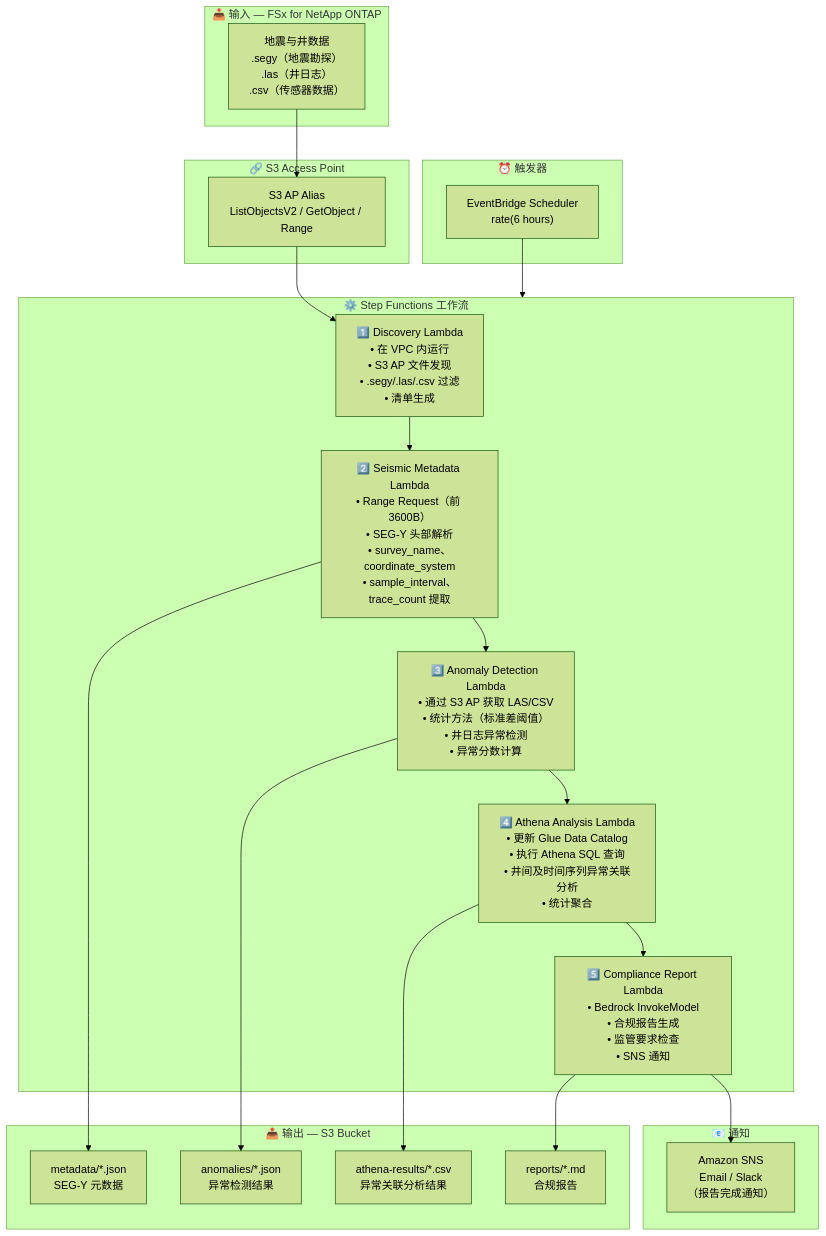
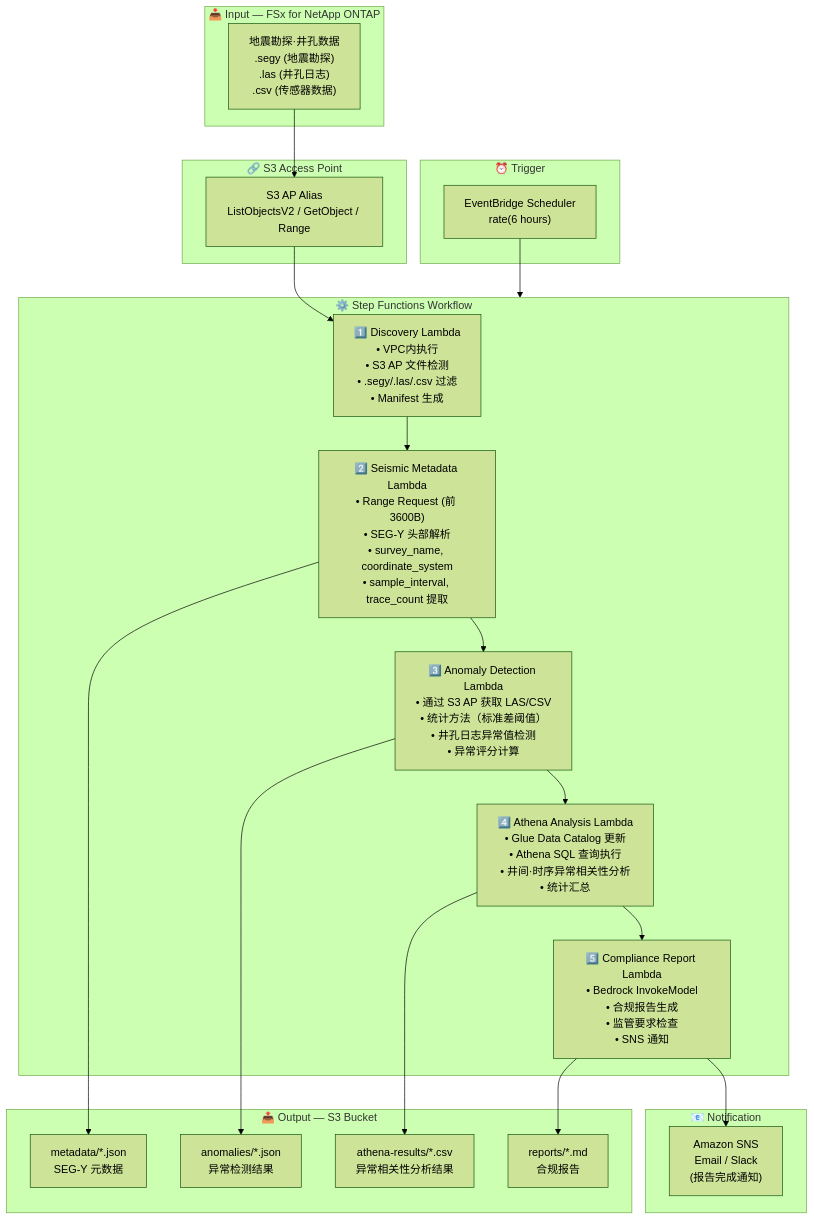
The diagram in energy-seismic/docs/architecture.zh-CN.md (Yoshiki0705/FSx-for-ONTAP-S3AccessPoints-Serverless-Patterns), drawn with Mermaid (forest theme) before and after one commit. The commit also changed other lines of this file and 54 other files, not shown here.

````diff
--- a/energy-seismic/docs/architecture.zh-CN.md
+++ b/energy-seismic/docs/architecture.zh-CN.md
@@ -11,46 +13,46 @@
 ```mermaid
 flowchart TB
-    subgraph INPUT["📥 输入 — FSx for NetApp ONTAP"]
-        DATA["地震与井数据<br/>.segy（地震勘探）<br/>.las（井日志）<br/>.csv（传感器数据）"]
+    subgraph INPUT["📥 Input — FSx for NetApp ONTAP"]
+        DATA["地震勘探·井孔数据<br/>.segy (地震勘探)<br/>.las (井孔日志)<br/>.csv (传感器数据)"]
     end
 
     subgraph S3AP["🔗 S3 Access Point"]
         ALIAS["S3 AP Alias<br/>ListObjectsV2 / GetObject / Range"]
     end
 
-    subgraph TRIGGER["⏰ 触发器"]
+    subgraph TRIGGER["⏰ Trigger"]
         EB["EventBridge Scheduler<br/>rate(6 hours)"]
     end
 
-    subgraph SFN["⚙️ Step Functions 工作流"]
-        DISC["1️⃣ Discovery Lambda<br/>• 在 VPC 内运行<br/>• S3 AP 文件发现<br/>• .segy/.las/.csv 过滤<br/>• 清单生成"]
-        SM["2️⃣ Seismic Metadata Lambda<br/>• Range Request（前 3600B）<br/>• SEG-Y 头部解析<br/>• survey_name、coordinate_system<br/>• sample_interval、trace_count 提取"]
-        AD["3️⃣ Anomaly Detection Lambda<br/>• 通过 S3 AP 获取 LAS/CSV<br/>• 统计方法（标准差阈值）<br/>• 井日志异常检测<br/>• 异常分数计算"]
-        ATH["4️⃣ Athena Analysis Lambda<br/>• 更新 Glue Data Catalog<br/>• 执行 Athena SQL 查询<br/>• 井间及时间序列异常关联分析<br/>• 统计聚合"]
+    subgraph SFN["⚙️ Step Functions Workflow"]
+        DISC["1️⃣ Discovery Lambda<br/>• VPC内执行<br/>• S3 AP 文件检测<br/>• .segy/.las/.csv 过滤<br/>• Manifest 生成"]
+        SM["2️⃣ Seismic Metadata Lambda<br/>• Range Request (前 3600B)<br/>• SEG-Y 头部解析<br/>• survey_name, coordinate_system<br/>• sample_interval, trace_count 提取"]
+        AD["3️⃣ Anomaly Detection Lambda<br/>• 通过 S3 AP 获取 LAS/CSV<br/>• 统计方法（标准差阈值）<br/>• 井孔日志异常值检测<br/>• 异常评分计算"]
+        ATH["4️⃣ Athena Analysis Lambda<br/>• Glue Data Catalog 更新<br/>• Athena SQL 查询执行<br/>• 井间·时序异常相关性分析<br/>• 统计汇总"]
         CR["5️⃣ Compliance Report Lambda<br/>• Bedrock InvokeModel<br/>• 合规报告生成<br/>• 监管要求检查<br/>• SNS 通知"]
     end
 
-    subgraph OUTPUT["📤 输出 — S3 Bucket"]
+    subgraph OUTPUT["📤 Output — S3 Bucket"]
         META["metadata/*.json<br/>SEG-Y 元数据"]
         ANOM["anomalies/*.json<br/>异常检测结果"]
-        ATHOUT["athena-results/*.csv<br/>异常关联分析结果"]
+        ATHOUT["athena-results/*.csv<br/>异常相关性分析结果"]
         REPORT["reports/*.md<br/>合规报告"]
     end
 
-    subgraph NOTIFY["📧 通知"]
-        SNS["Amazon SNS<br/>Email / Slack<br/>（报告完成通知）"]
+    subgraph NOTIFY["📧 Notification"]
+        SNS["Amazon SNS<br/>Email / Slack<br/>(报告完成通知)"]
     end
 
     DATA --> ALIAS
     ALIAS --> DISC
     EB --> SFN
     DISC --> SM
     SM --> AD
     AD --> ATH
     ATH --> CR
     SM --> META
     AD --> ANOM
     ATH --> ATHOUT
     CR --> REPORT
     CR --> SNS
 ```
````
